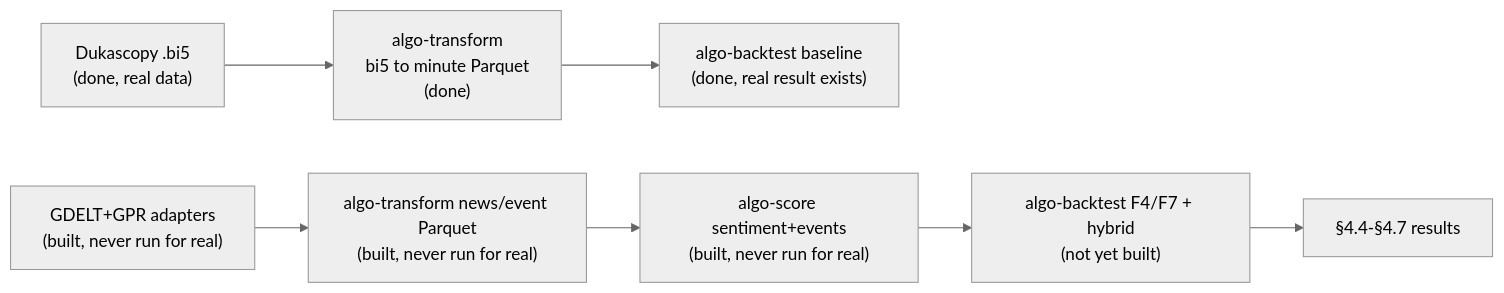
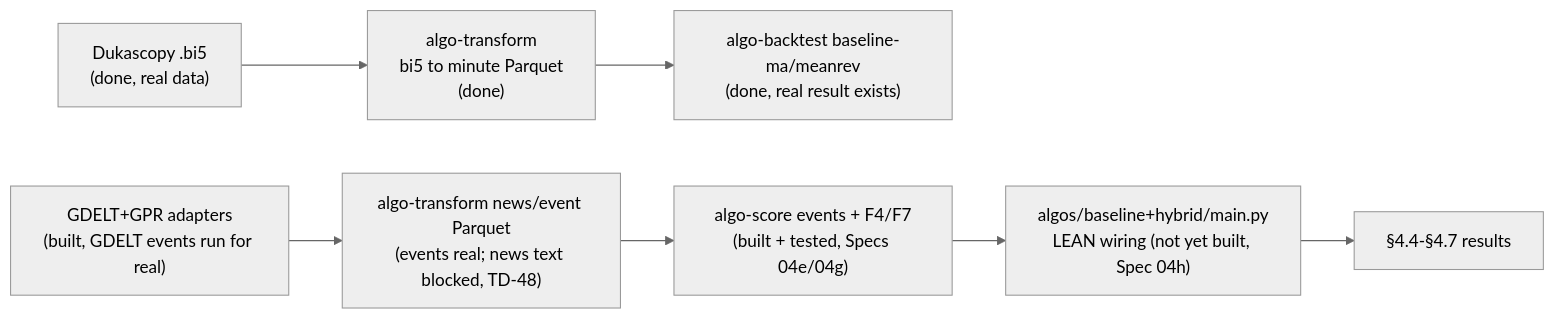
Before and after one commit to wbsouza/mba-icmc: the diagram in algo-suite/docs/ch04-deliverables.md, drawn with Mermaid (neutral theme). The commit also changed other lines of this file and 21 other files, not shown here.

First line of the commit message:
feat(algo-backtest): hybrid strategy integration pieces (Spec 04h, partial)

````diff
--- a/algo-suite/docs/ch04-deliverables.md
+++ b/algo-suite/docs/ch04-deliverables.md
@@ -38,9 +53,9 @@
 ```mermaid
 flowchart LR
     A["Dukascopy .bi5<br/>(done, real data)"] --> B["algo-transform<br/>bi5 to minute Parquet<br/>(done)"]
-    B --> C["algo-backtest baseline<br/>(done, real result exists)"]
-    D["GDELT+GPR adapters<br/>(built, never run for real)"] --> E["algo-transform news/event Parquet<br/>(built, never run for real)"]
-    E --> F["algo-score sentiment+events<br/>(built, never run for real)"]
-    F --> G["algo-backtest F4/F7 + hybrid<br/>(not yet built)"]
+    B --> C["algo-backtest baseline-ma/meanrev<br/>(done, real result exists)"]
+    D["GDELT+GPR adapters<br/>(built, GDELT events run for real)"] --> E["algo-transform news/event Parquet<br/>(events real; news text blocked, TD-48)"]
+    E --> F["algo-score events + F4/F7<br/>(built + tested, Specs 04e/04g)"]
+    F --> G["algos/baseline+hybrid/main.py<br/>LEAN wiring (not yet built, Spec 04h)"]
     G --> H["§4.4-§4.7 results"]
 ```
````
